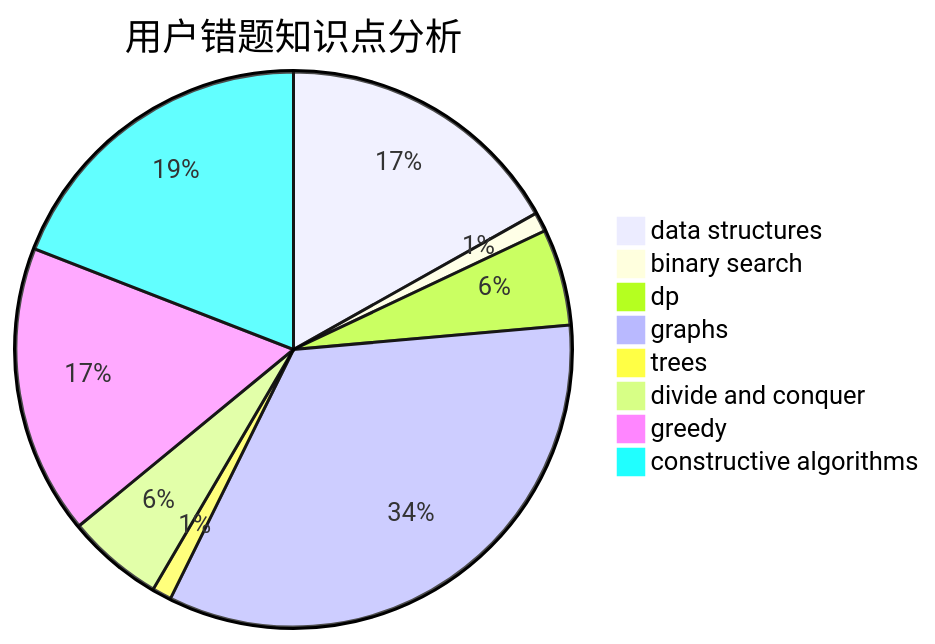
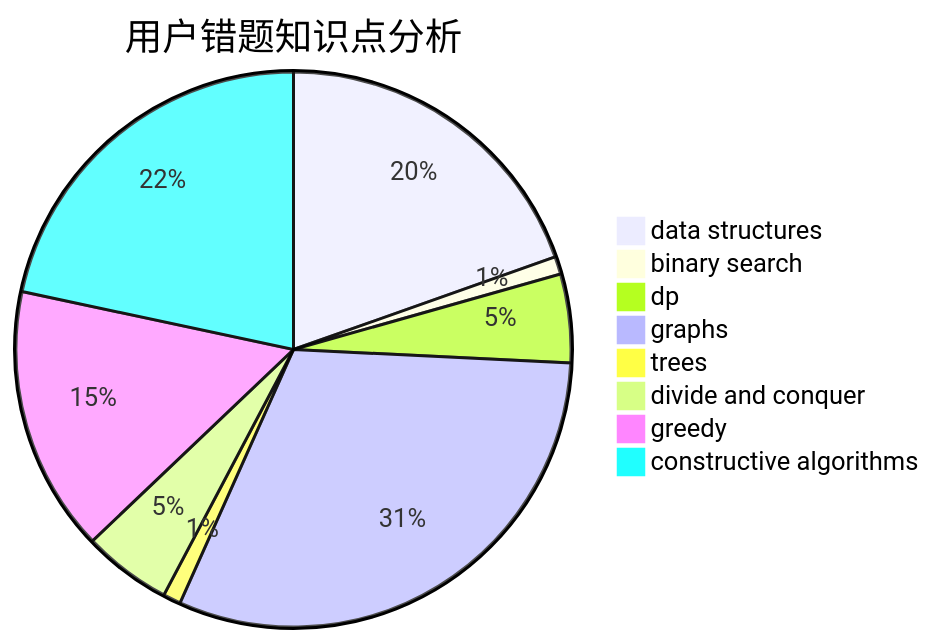
One commit to sherpahu/cfrs.github.io changed the third of 3 diagrams in docs/user/u1814.md. Above: the diagram before and after it, drawn with Mermaid. The commit also changed other lines of this file and 2770 other files, not shown here.

````diff
--- a/docs/user/u1814.md
+++ b/docs/user/u1814.md
@@ -36,11 +36,11 @@
 ```mermaid
 pie title 用户错题知识点分析
-    "data structures" :  15
+    "data structures" :  19
     "binary search" :  1
     "dp" :  5
     "graphs" :  30
     "trees" :  1
     "divide and conquer" :  5
     "greedy" :  15
-    "constructive algorithms" :  17
+    "constructive algorithms" :  21
 ```
````
